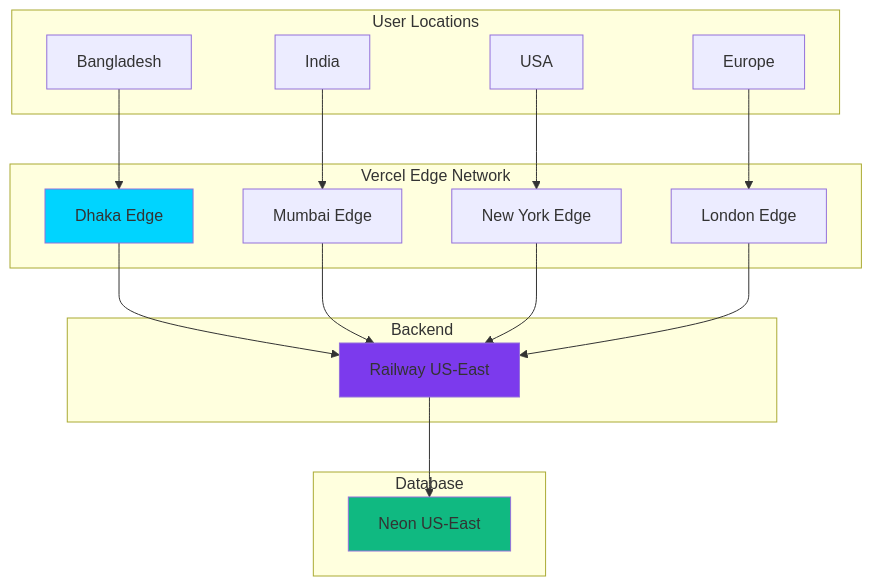
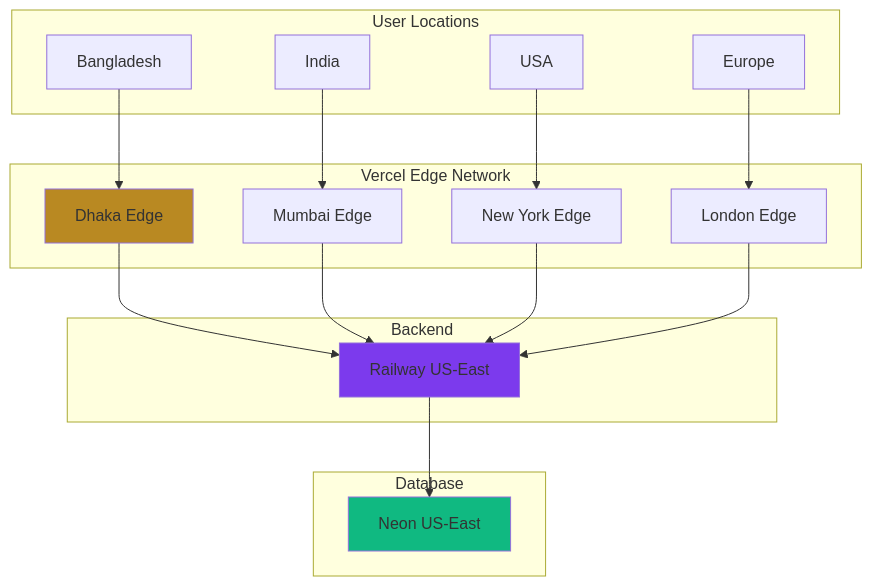
Before and after one commit to shams909/Modern-Web-News-Portal: the tenth of 11 diagrams in README.md, drawn with Mermaid. The commit also changed other lines of this file, not shown here.

````diff
--- a/README.md
+++ b/README.md
@@ -409,40 +409,40 @@
 ```mermaid
 graph TB
     subgraph "User Locations"
         A[Bangladesh]
         B[India]
         C[USA]
         D[Europe]
     end
     
     subgraph "Vercel Edge Network"
         E[Dhaka Edge]
         F[Mumbai Edge]
         G[New York Edge]
         H[London Edge]
     end
     
     subgraph "Backend"
         I[Railway US-East]
     end
     
     subgraph "Database"
         J[Neon US-East]
     end
     
     A --> E
     B --> F
     C --> G
     D --> H
     
     E --> I
     F --> I
     G --> I
     H --> I
     
     I --> J
     
-    style E fill:#00d4ff
+    style E fill:#b98922
     style I fill:#7c3aed
     style J fill:#10b981
 ```
````
